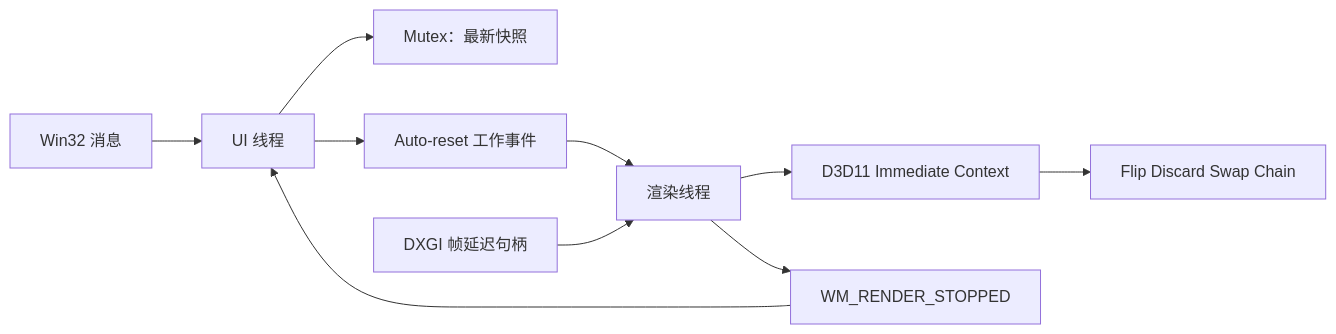
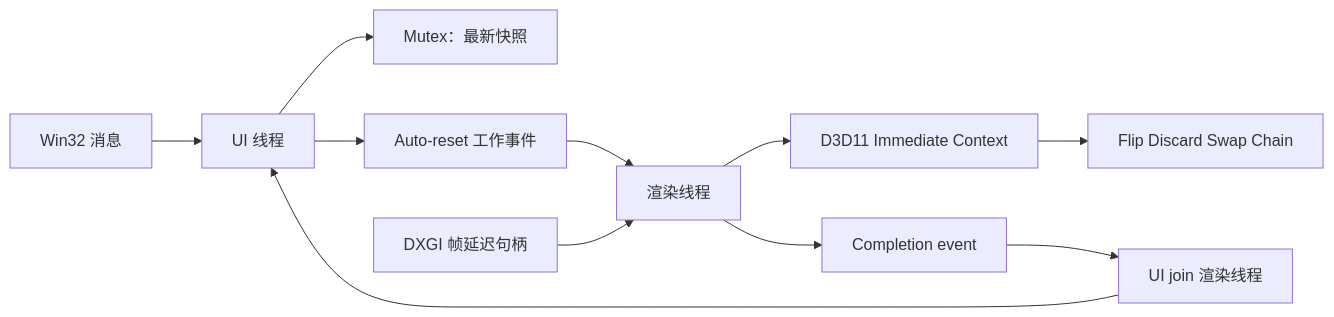
One commit to pachi-qwq/pixstride changed the diagram in docs/zh-CN/stage-a.md. Above: the diagram before and after it, drawn with Mermaid. The commit also changed other lines of this file and 10 other files, not shown here.

````diff
--- a/docs/zh-CN/stage-a.md
+++ b/docs/zh-CN/stage-a.md
@@ -17,12 +19,13 @@
 ```mermaid
 flowchart LR
   Msg[Win32 消息] --> UI[UI 线程]
   UI --> State[Mutex：最新快照]
   UI --> Event[Auto-reset 工作事件]
   Event --> Render[渲染线程]
   Latency[DXGI 帧延迟句柄] --> Render
   Render --> D3D[D3D11 Immediate Context]
   D3D --> Swap[Flip Discard Swap Chain]
-  Render --> Done[WM_RENDER_STOPPED]
-  Done --> UI
+  Render --> Done[Completion event]
+  Done --> Join[UI join 渲染线程]
+  Join --> UI
 ```
````
